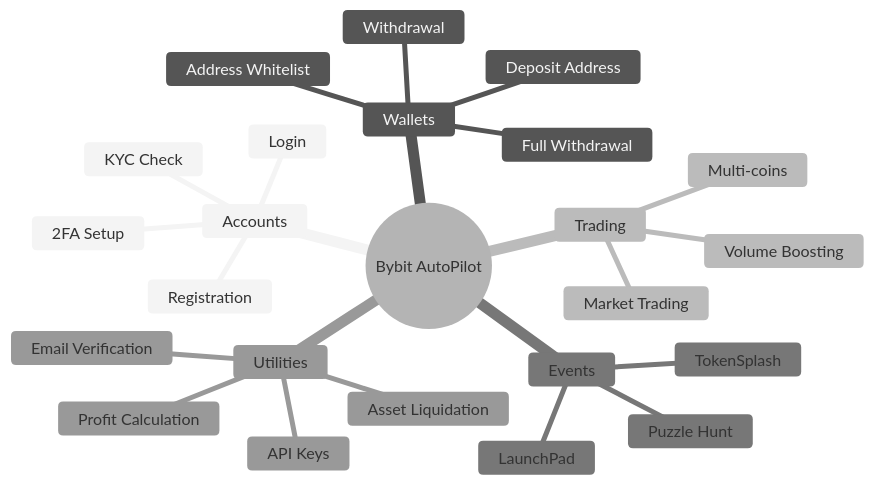
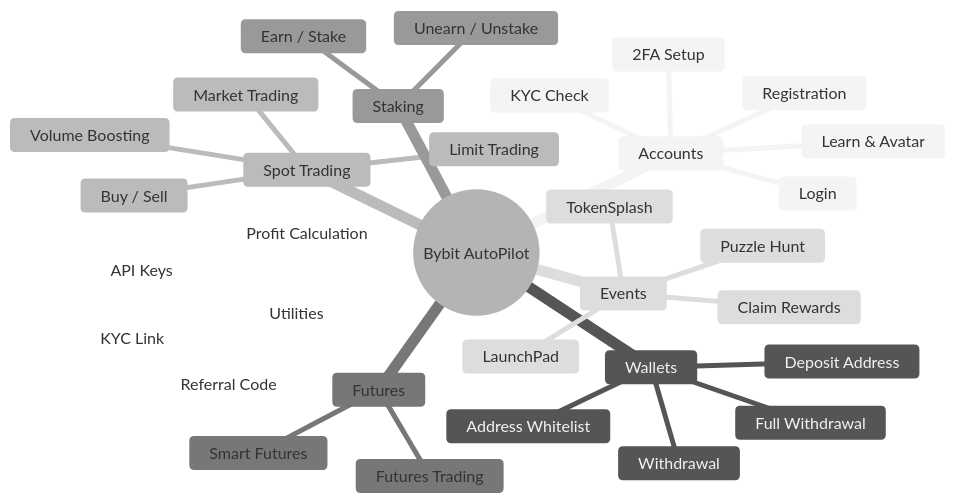
One commit to AutoPilotSoftware/docs changed the second of 11 diagrams in src/content/docs/en/bybit-autopilot.md. Above: the diagram before and after it, drawn with Mermaid (neutral theme). The commit also changed other lines of this file and 5 other files, not shown here.

First line of the commit message:
docs: add 18 new action sections and FAQ trading/rewards reference

````diff
--- a/src/content/docs/en/bybit-autopilot.md
+++ b/src/content/docs/en/bybit-autopilot.md
@@ -78,27 +78,36 @@
 ```mermaid
 mindmap
   root((Bybit AutoPilot))
     Accounts
       Registration
       Login
       KYC Check
       2FA Setup
+      Learn & Avatar
     Wallets
       Deposit Address
       Address Whitelist
       Withdrawal
       Full Withdrawal
-    Trading
+    Spot Trading
       Market Trading
+      Limit Trading
+      Buy / Sell
       Volume Boosting
-      Multi-coins
+    Futures
+      Futures Trading
+      Smart Futures
+    Staking
+      Earn / Stake
+      Unearn / Unstake
     Events
       TokenSplash
       LaunchPad
       Puzzle Hunt
+      Claim Rewards
     Utilities
       API Keys
       Profit Calculation
-      Email Verification
-      Asset Liquidation
+      Referral Code
+      KYC Link
 ```
````
